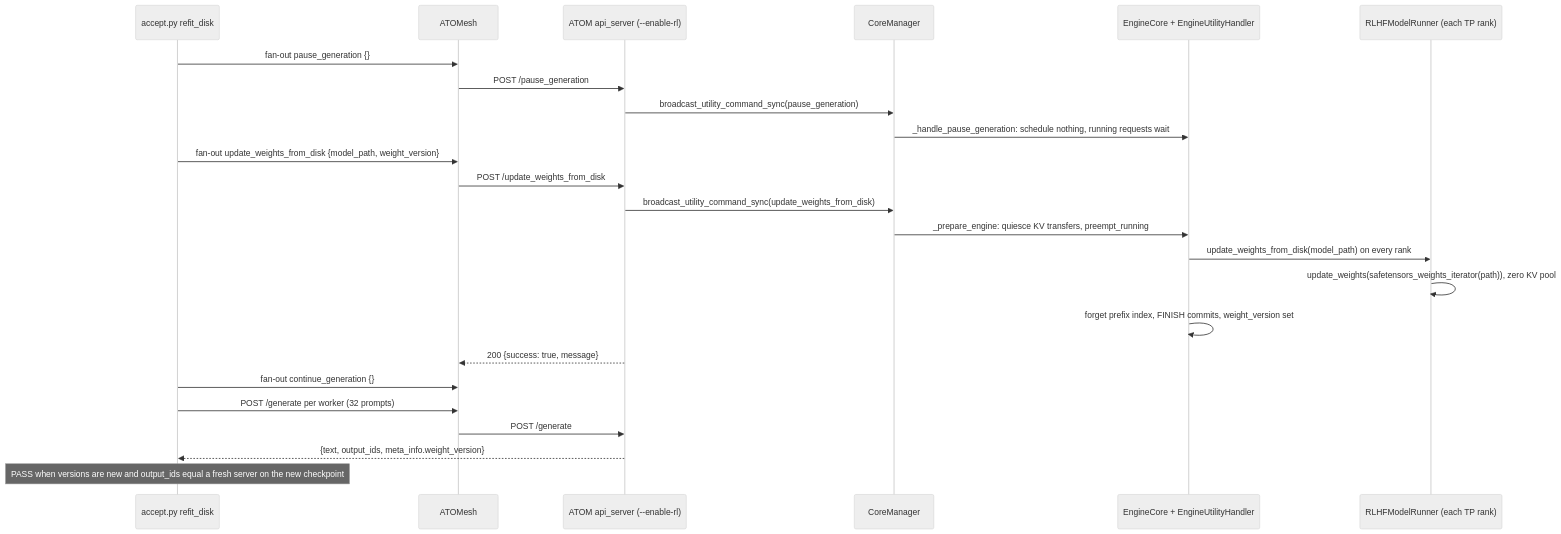
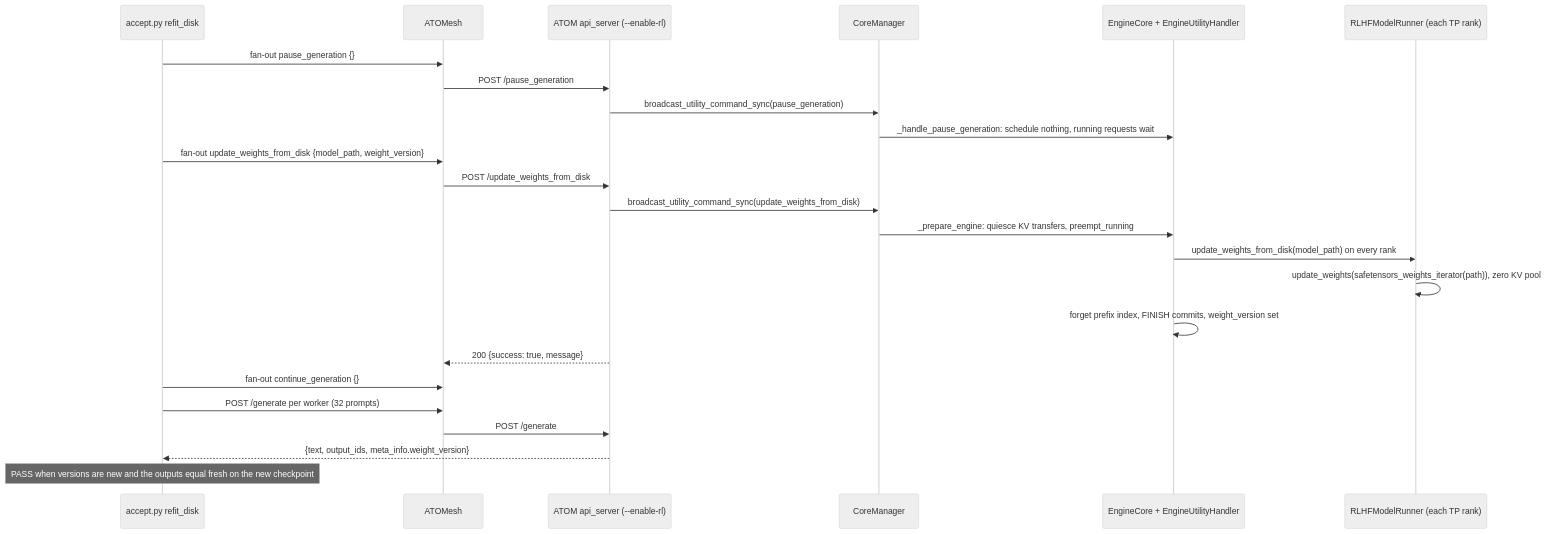
The second of 4 diagrams in docs/atomesh_rl_control_plane.md (junyyang-amd/ATOM), drawn with Mermaid (neutral theme) before and after one commit. The commit also changed other lines of this file and 5 other files, not shown here.

````diff
--- a/docs/atomesh_rl_control_plane.md
+++ b/docs/atomesh_rl_control_plane.md
@@ -53,26 +53,26 @@
 ```mermaid
 sequenceDiagram
     participant H as accept.py refit_disk
     participant M as ATOMesh
     participant A as ATOM api_server (--enable-rl)
     participant C as CoreManager
     participant E as EngineCore + EngineUtilityHandler
     participant R as RLHFModelRunner (each TP rank)
     H->>M: fan-out pause_generation {}
     M->>A: POST /pause_generation
     A->>C: broadcast_utility_command_sync(pause_generation)
     C->>E: _handle_pause_generation: schedule nothing, running requests wait
     H->>M: fan-out update_weights_from_disk {model_path, weight_version}
     M->>A: POST /update_weights_from_disk
     A->>C: broadcast_utility_command_sync(update_weights_from_disk)
     C->>E: _prepare_engine: quiesce KV transfers, preempt_running
     E->>R: update_weights_from_disk(model_path) on every rank
     R->>R: update_weights(safetensors_weights_iterator(path)), zero KV pool
     E->>E: forget prefix index, FINISH commits, weight_version set
     A-->>M: 200 {success: true, message}
     H->>M: fan-out continue_generation {}
     H->>M: POST /generate per worker (32 prompts)
     M->>A: POST /generate
     A-->>H: {text, output_ids, meta_info.weight_version}
-    Note over H: PASS when versions are new and output_ids equal a fresh server on the new checkpoint
+    Note over H: PASS when versions are new and the outputs equal fresh on the new checkpoint
 ```
````
